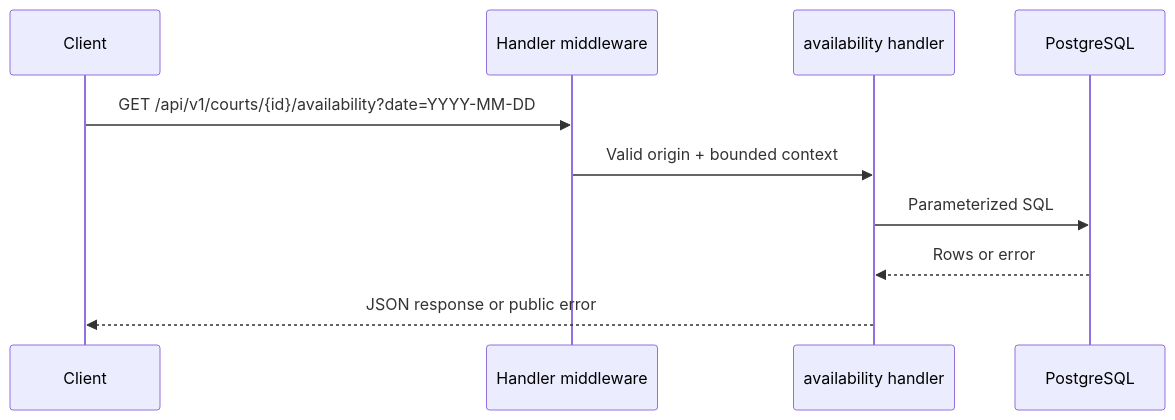
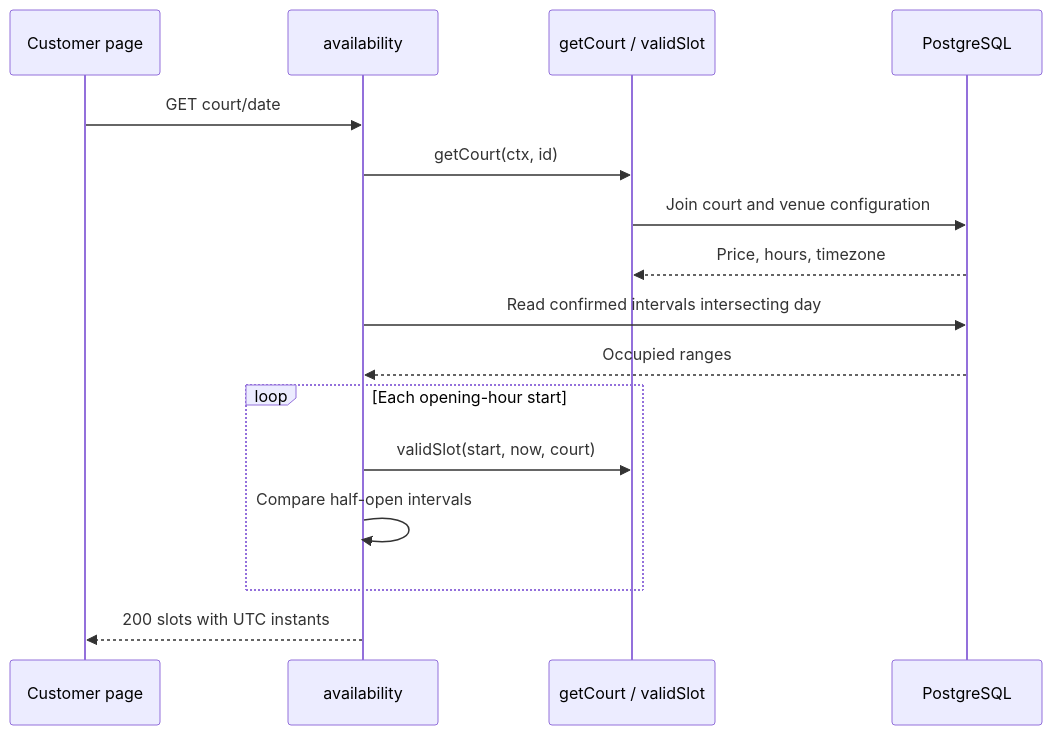
One commit to dilutedbrainjuice/courtflow changed the diagram in buildDocs/buildDocs/CourtFlow/system-analysis/availability.md. Above: the diagram before and after it, drawn with Mermaid. The commit also changed other lines of this file and 9 other files, not shown here.

````diff
--- a/buildDocs/buildDocs/CourtFlow/system-analysis/availability.md
+++ b/buildDocs/buildDocs/CourtFlow/system-analysis/availability.md
@@ -40,12 +96,18 @@
 ```mermaid
 sequenceDiagram
-    participant C as Client
-    participant M as Handler middleware
-    participant H as availability handler
+    participant W as Customer page
+    participant A as availability
+    participant S as getCourt / validSlot
     participant D as PostgreSQL
-    C->>M: GET /api/v1/courts/{id}/availability?date=YYYY-MM-DD
-    M->>H: Valid origin + bounded context
-    H->>D: Parameterized SQL
-    D-->>H: Rows or error
-    H-->>C: JSON response or public error
+    W->>A: GET court/date
+    A->>S: getCourt(ctx, id)
+    S->>D: Join court and venue configuration
+    D-->>S: Price, hours, timezone
+    A->>D: Read confirmed intervals intersecting day
+    D-->>A: Occupied ranges
+    loop Each opening-hour start
+        A->>S: validSlot(start, now, court)
+        A->>A: Compare half-open intervals
+    end
+    A-->>W: 200 slots with UTC instants
 ```
````
